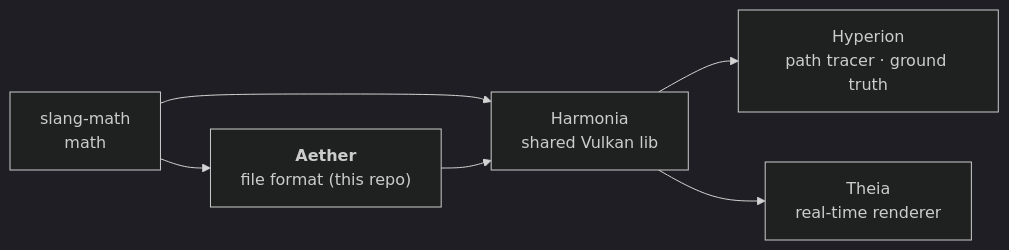
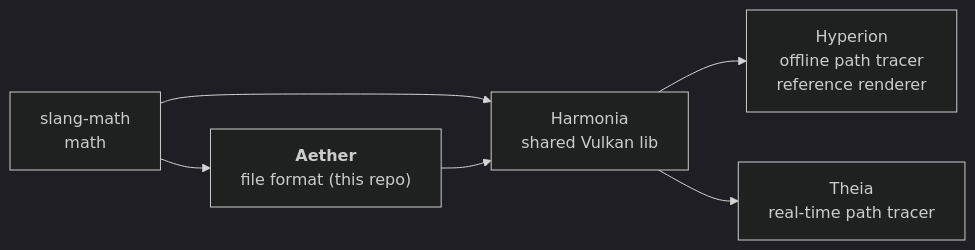
One commit to McNopper/Aether changed the diagram in AGENTS.md. Above: the diagram before and after it, drawn with Mermaid (dark theme). The commit also changed other lines of this file and 5 other files, not shown here.

````diff
--- a/AGENTS.md
+++ b/AGENTS.md
@@ -17,8 +14,8 @@
 ```mermaid
 flowchart LR
     SM["slang-math<br/>math"] --> A["<b>Aether</b><br/>file format (this repo)"]
     SM --> H
     A --> H["Harmonia<br/>shared Vulkan lib"]
-    H --> Hy["Hyperion<br/>path tracer · ground truth"]
-    H --> T["Theia<br/>real-time renderer"]
+    H --> Hy["Hyperion<br/>offline path tracer<br/>reference renderer"]
+    H --> T["Theia<br/>real-time path tracer"]
 ```
````
